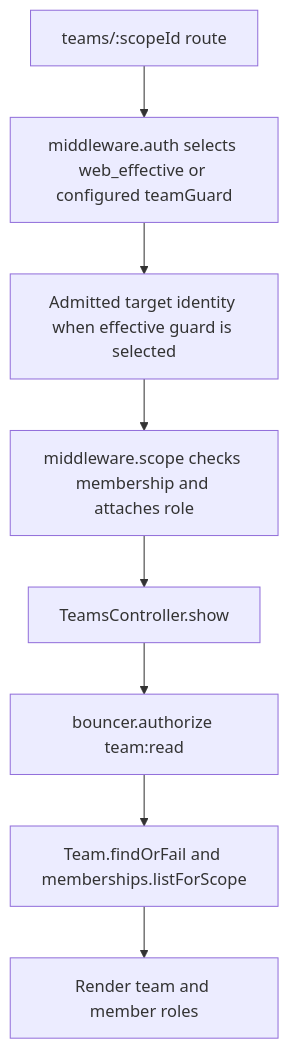
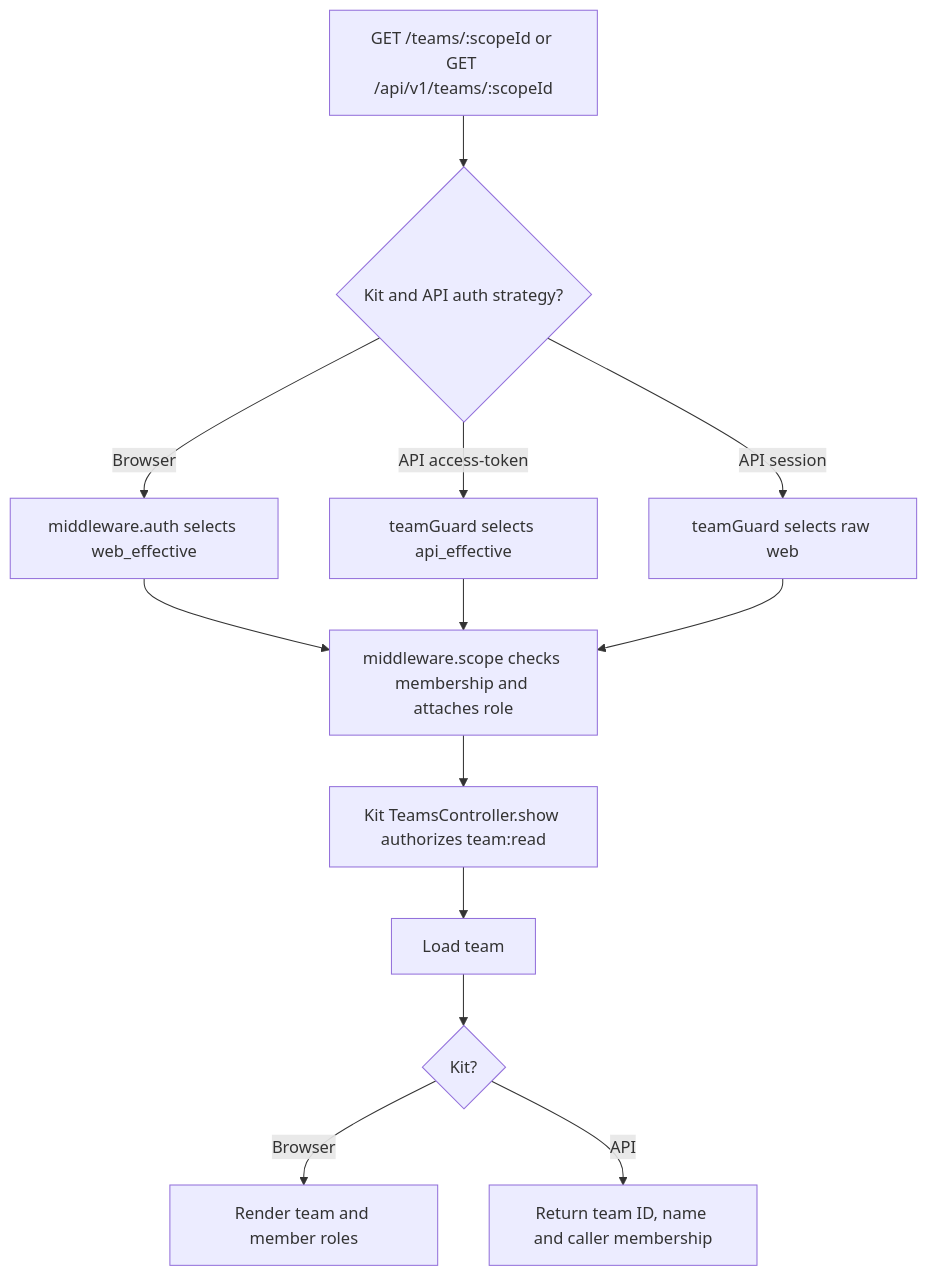
One commit to Kevinjohn/oss-adonisjs-starter-examples changed the second of 2 diagrams in user-stories/support/us-masq-02-view-target-team.md. Above: the diagram before and after it, drawn with Mermaid. The commit also changed other lines of this file and 8 other files, not shown here.

````diff
--- a/user-stories/support/us-masq-02-view-target-team.md
+++ b/user-stories/support/us-masq-02-view-target-team.md
@@ -34,10 +43,15 @@
 ```mermaid
 flowchart TD
-    A["teams/:scopeId route"] --> B["middleware.auth selects web_effective or configured teamGuard"]
-    B --> C["Admitted target identity when effective guard is selected"]
-    C --> D["middleware.scope checks membership and attaches role"]
-    D --> E["TeamsController.show"]
-    E --> F["bouncer.authorize team:read"]
-    F --> G["Team.findOrFail and memberships.listForScope"]
-    G --> H["Render team and member roles"]
+    A["GET /teams/:scopeId or GET /api/v1/teams/:scopeId"] --> B{"Kit and API auth strategy?"}
+    B -->|Browser| C["middleware.auth selects web_effective"]
+    B -->|API access-token| D["teamGuard selects api_effective"]
+    B -->|API session| E["teamGuard selects raw web"]
+    C --> F["middleware.scope checks membership and attaches role"]
+    D --> F
+    E --> F
+    F --> G["Kit TeamsController.show authorizes team:read"]
+    G --> H["Load team"]
+    H --> I{"Kit?"}
+    I -->|Browser| J["Render team and member roles"]
+    I -->|API| K["Return team ID, name and caller membership"]
 ```
````
